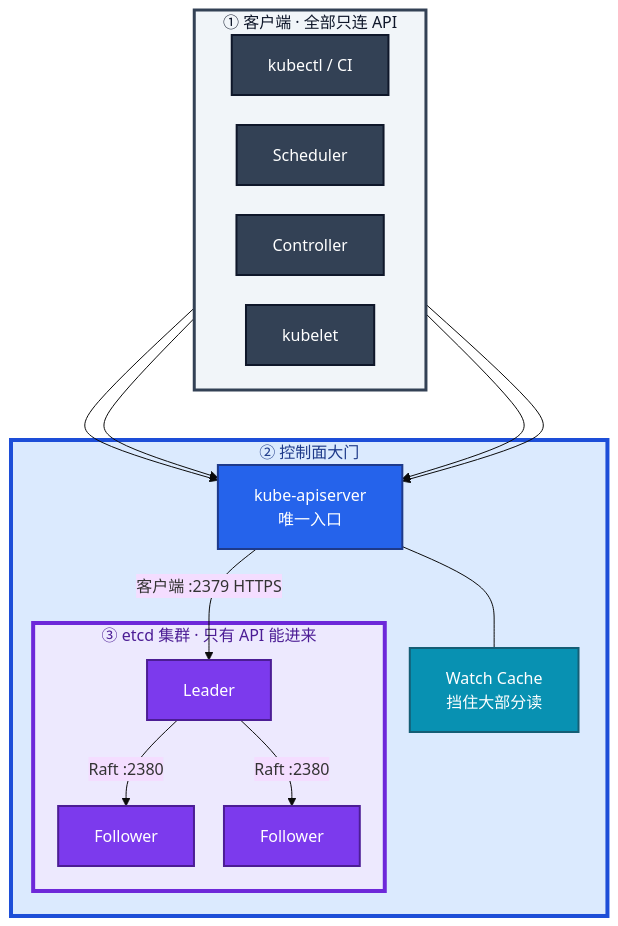
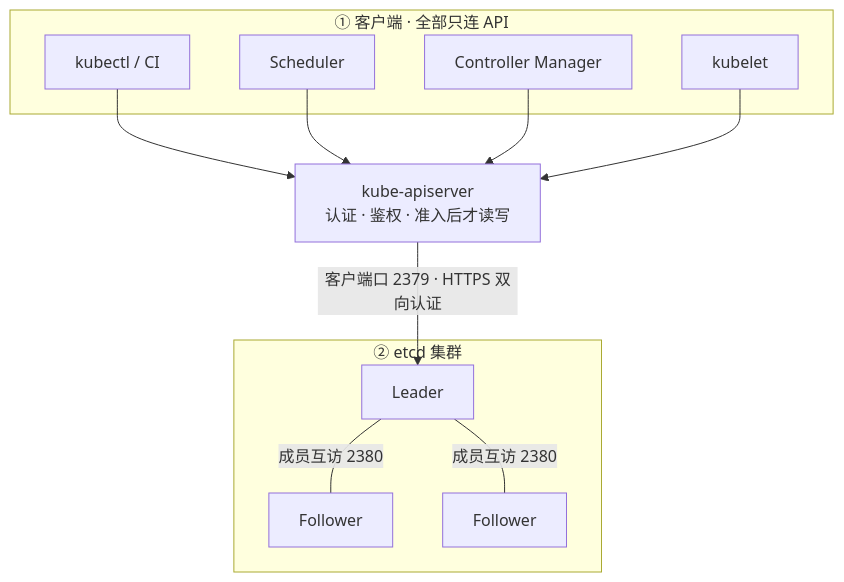
Before and after one commit to ml-cuizijun/LearnToLilith: the second of 7 diagrams in 03-Kubernetes/02-etcd/知识点.md, drawn with Mermaid. The commit also changed other lines of this file and 470 other files, not shown here.

````diff
--- a/03-Kubernetes/02-etcd/知识点.md
+++ b/03-Kubernetes/02-etcd/知识点.md
@@ -89,43 +41,22 @@
 ```mermaid
-%%{init: {"flowchart": {"padding": 18, "nodeSpacing": 30, "rankSpacing": 50}, "theme": "base"}}%%
 flowchart TB
     subgraph clients ["① 客户端 · 全部只连 API"]
-        direction LR
-        kubectl[kubectl / CI]
-        sch[Scheduler]
-        cm[Controller]
-        kl[kubelet]
+        kubectl["kubectl / CI"]
+        sch["Scheduler"]
+        cm["Controller Manager"]
+        kl["kubelet"]
     end
-
-    subgraph cp ["② 控制面大门"]
-        api["kube-apiserver<br/>唯一入口"]
-        cache["Watch Cache<br/>挡住大部分读"]
-        api --- cache
-        subgraph etcd ["③ etcd 集群 · 只有 API 能进来"]
-            L[Leader]
-            F1[Follower]
-            F2[Follower]
-            L -->|"Raft :2380"| F1
-            L -->|"Raft :2380"| F2
-        end
-        api -->|"客户端 :2379 HTTPS"| L
+    api["kube-apiserver<br/>认证 · 鉴权 · 准入后才读写"]
+    subgraph etcd ["② etcd 集群"]
+        L["Leader"]
+        F1["Follower"]
+        F2["Follower"]
+        L ---|"成员互访 2380"| F1
+        L ---|"成员互访 2380"| F2
     end
-
     kubectl --> api
     sch --> api
     cm --> api
     kl --> api
-
-    classDef api fill:#2563EB,stroke:#1E3A8A,stroke-width:2px,color:#fff
-    classDef etcdN fill:#7C3AED,stroke:#4C1D95,stroke-width:2px,color:#fff
-    classDef client fill:#334155,stroke:#0F172A,stroke-width:2px,color:#fff
-    classDef cache fill:#0891B2,stroke:#155E75,stroke-width:2px,color:#fff
-    class api api
-    class L,F1,F2 etcdN
-    class kubectl,sch,cm,kl client
-    class cache cache
-
-    style clients fill:#F1F5F9,stroke:#334155,stroke-width:3px,color:#0F172A
-    style cp fill:#DBEAFE,stroke:#1D4ED8,stroke-width:4px,color:#1E3A8A
-    style etcd fill:#EDE9FE,stroke:#6D28D9,stroke-width:4px,color:#4C1D95
+    api -->|"客户端口 2379 · HTTPS 双向认证"| L
 ```
````
